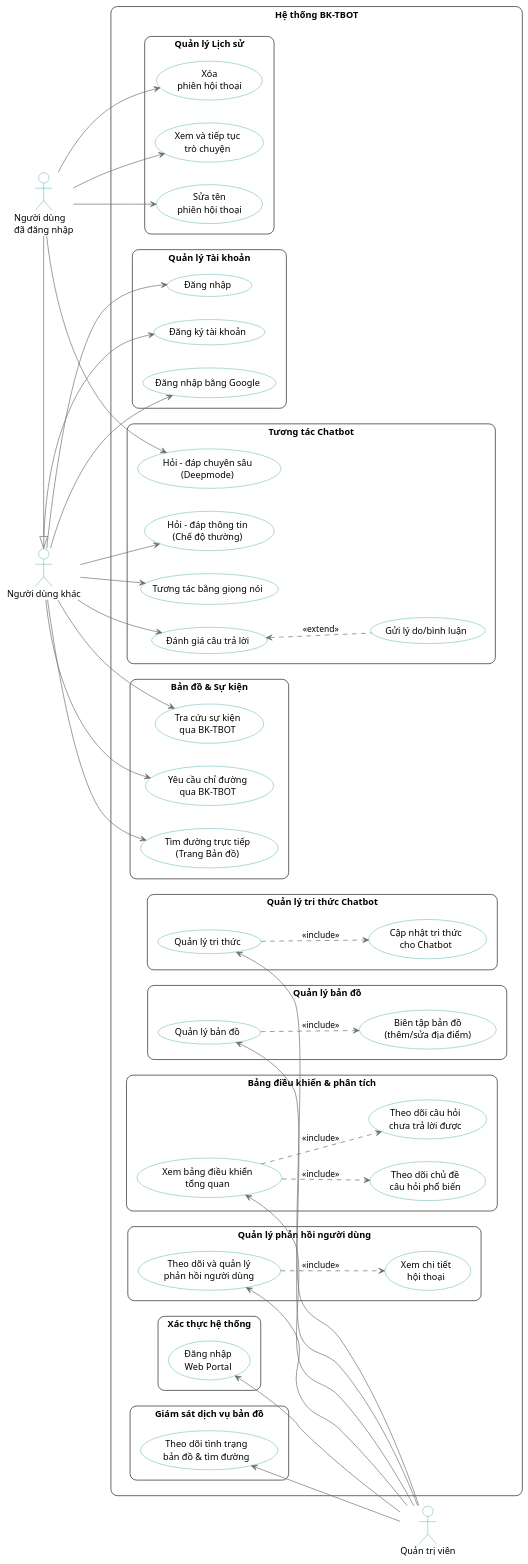
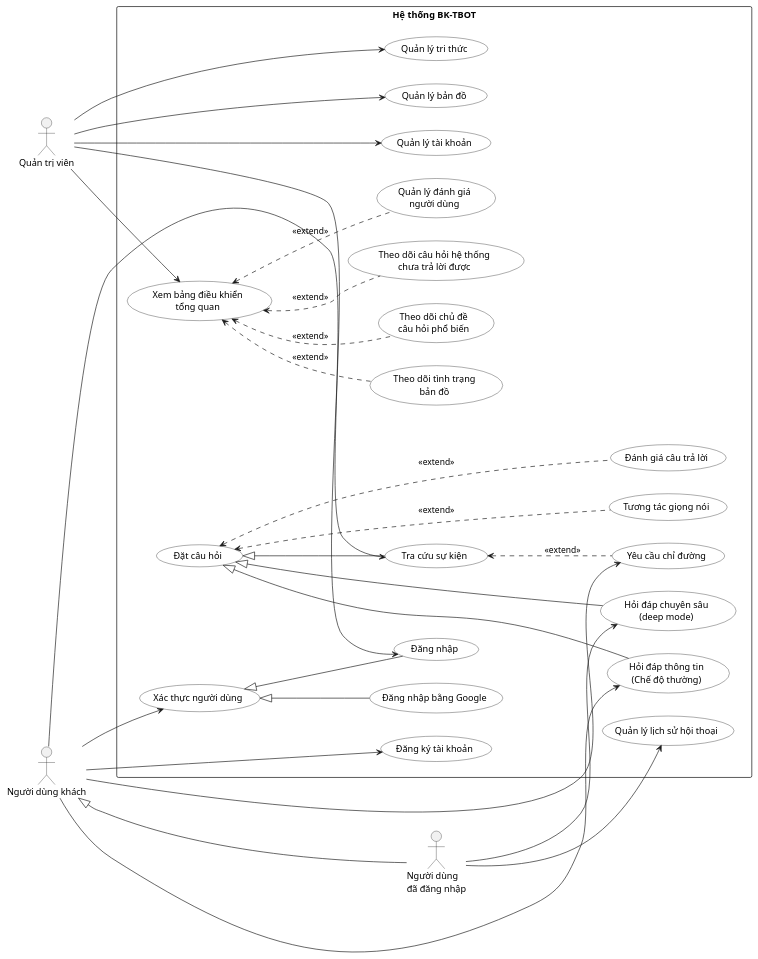
Before and after one commit to kienntheprfs/DATN: the diagram in docs/usecase/usecase.puml, drawn with PlantUML. The commit also changed 67 other files, not shown here.

```diff
--- a/docs/usecase/usecase.puml
+++ b/docs/usecase/usecase.puml
@@ -1,131 +1,98 @@
 @startuml
 left to right direction
-skinparam packageStyle rectangle
-skinparam roundcorner 20
-
-' Cấu hình màu sắc chung
+skinparam monochrome true
+skinparam shadowing false
 skinparam usecase {
-  BackgroundColor White
-  BorderColor DarkCyan
-  ArrowColor DimGray
+    BackgroundColor white
+    BorderColor black
 }
-skinparam actor {
-  BackgroundColor White
-  BorderColor DarkCyan
+skinparam rectangle {
+    BorderColor black
+    BackgroundColor transparent
 }
 
-' --- Khai báo Actor ---
-actor "Người dùng khác" as Guest
-actor "Người dùng\nđã đăng nhập" as Member
+' --- 1. ĐỊNH NGHĨA ACTORS ---
+actor "Người dùng khách" as Guest
+actor "Người dùng\nđã đăng nhập" as LoggedIn
 actor "Quản trị viên" as Admin
 
-Member -|> Guest
+' User đăng nhập kế thừa User khách
+LoggedIn -up-|> Guest
 
-' ==========================================
-' KHUNG HỆ THỐNG CHUNG Ở GIỮA
-' ==========================================
+' --- 2. HỆ THỐNG BK-TBOT ---
 rectangle "Hệ thống BK-TBOT" {
-  
-  ' ----------------------------------------
-  ' PHÂN HỆ NGƯỜI DÙNG (Đã nhóm để dàn ngang)
-  ' ----------------------------------------
-  package "Quản lý Tài khoản" {
-    usecase "Đăng nhập" as UC_Login
-    usecase "Đăng ký tài khoản" as UC_Register
-    usecase "Đăng nhập bằng Google" as UC_LoginGG
-  }
+    
+    ' --- NHÓM XÁC THỰC ---
+    together {
+        usecase "Xác thực người dùng" as UC_Auth
+        usecase "Đăng ký tài khoản" as UC_Register
+        usecase "Đăng nhập" as UC_Login
+        usecase "Đăng nhập bằng Google" as UC_LoginGoogle
+        
+        UC_Login -up-|> UC_Auth
+        UC_LoginGoogle -up-|> UC_Auth
+    }
+    
+    ' --- NHÓM TƯƠNG TÁC (NGƯỜI DÙNG) ---
+    together {
+        usecase "Đặt câu hỏi" as UC_Chat
+        usecase "Hỏi đáp thông tin\n(Chế độ thường)" as UC_Normal
+        usecase "Hỏi đáp chuyên sâu\n(deep mode)" as UC_Deep
+        usecase "Tra cứu sự kiện" as UC_Event
+        
+        UC_Normal -up-|> UC_Chat
+        UC_Deep -up-|> UC_Chat
+        UC_Event -up-|> UC_Chat
+        
+        usecase "Yêu cầu chỉ đường" as UC_Map
+        usecase "Tương tác giọng nói" as UC_Voice
+        usecase "Đánh giá câu trả lời" as UC_Rate
+        
+        ' Extend đúng chuẩn: Mũi tên chĩa TỪ chức năng phụ VÀO chức năng chính
+        UC_Voice .up.> UC_Chat : <<extend>>
+        UC_Rate .up.> UC_Chat : <<extend>>
+        UC_Map .up.> UC_Event : <<extend>>
+        
+        usecase "Quản lý lịch sử hội thoại" as UC_History
+    }
 
-  package "Tương tác Chatbot" {
-    usecase "Hỏi - đáp thông tin\n(Chế độ thường)" as UC_ChatNormal
-    usecase "Hỏi - đáp chuyên sâu\n(Deepmode)" as UC_Deepmode
-    usecase "Tương tác bằng giọng nói" as UC_Voice
-    usecase "Đánh giá câu trả lời" as UC_Feedback
-    usecase "Gửi lý do/bình luận" as UC_FeedbackDetail
-  }
-
-  package "Bản đồ & Sự kiện" {
-    usecase "Tra cứu sự kiện\nqua BK-TBOT" as UC_Event
-    usecase "Yêu cầu chỉ đường\nqua BK-TBOT" as UC_RouteChat
-    usecase "Tìm đường trực tiếp\n(Trang Bản đồ)" as UC_RouteMap
-  }
-  
-  package "Quản lý Lịch sử" {
-    usecase "Xem và tiếp tục\ntrò chuyện" as UC_HistoryView
-    usecase "Sửa tên\nphiên hội thoại" as UC_HistoryEdit
-    usecase "Xóa\nphiên hội thoại" as UC_HistoryDelete
-  }
-
-  ' ----------------------------------------
-  ' PHÂN HỆ ADMIN
-  ' ----------------------------------------
-  package "Xác thực hệ thống" {
-    usecase "Đăng nhập\nWeb Portal" as UC_AdminLogin
-  }
-
-  package "Quản lý tri thức Chatbot" {
-    usecase "Quản lý tri thức" as UC_Knowledge
-    usecase "Cập nhật tri thức\ncho Chatbot" as UC_UpdateKnowledge
-  }
-
-  package "Quản lý bản đồ" {
-    usecase "Quản lý bản đồ" as UC_MapManage
-    usecase "Biên tập bản đồ\n(thêm/sửa địa điểm)" as UC_MapEdit
-  }
-
-  package "Bảng điều khiển & phân tích" {
-    usecase "Xem bảng điều khiển\ntổng quan" as UC_Dashboard
-    usecase "Theo dõi chủ đề\ncâu hỏi phổ biến" as UC_Topic
-    usecase "Theo dõi câu hỏi\nchưa trả lời được" as UC_Unanswered
-  }
-
-  package "Quản lý phản hồi người dùng" {
-    usecase "Theo dõi và quản lý\nphản hồi người dùng" as UC_FeedbackManage
-    usecase "Xem chi tiết\nhội thoại" as UC_ViewConversation
-  }
-
-  package "Giám sát dịch vụ bản đồ" {
-    usecase "Theo dõi tình trạng\nbản đồ & tìm đường" as UC_MapMonitor
-  }
+    ' --- NHÓM QUẢN TRỊ VIÊN ---
+    together {
+        usecase "Quản lý tri thức" as UC_ManageKB
+        usecase "Quản lý bản đồ" as UC_ManageMap
+        usecase "Quản lý tài khoản" as UC_ManageUser
+        usecase "Xem bảng điều khiển\ntổng quan" as UC_Dash
+        
+        usecase "Theo dõi chủ đề\ncâu hỏi phổ biến" as UC_TrackTopic
+        usecase "Theo dõi câu hỏi hệ thống\nchưa trả lời được" as UC_TrackUnanswered
+        usecase "Quản lý đánh giá\nngười dùng" as UC_TrackRate
+        usecase "Theo dõi tình trạng\nbản đồ" as UC_TrackMap
+        
+        ' Extend cho Dashboard
+        UC_TrackTopic .up.> UC_Dash : <<extend>>
+        UC_TrackUnanswered .up.> UC_Dash : <<extend>>
+        UC_TrackRate .up.> UC_Dash : <<extend>>
+        UC_TrackMap .up.> UC_Dash : <<extend>>
+    }
 }
 
-' ==========================================
-' QUAN HỆ CỦA NGƯỜI DÙNG (Mũi tên xuôi ->)
-' ==========================================
-Guest --> UC_Login
-Guest --> UC_LoginGG
+' --- 3. KẾT NỐI ACTOR VÀ USE CASE ---
+' Guest
+Guest --> UC_Auth
 Guest --> UC_Register
+Guest --> UC_Normal
+Guest --> UC_Event
+Guest --> UC_Map
 
-Guest --> UC_ChatNormal
-Guest --> UC_Voice
-Guest --> UC_Event
-Guest --> UC_RouteChat
-Guest --> UC_RouteMap
-Guest --> UC_Feedback
+' Logged In
+LoggedIn --> UC_Deep
+LoggedIn --> UC_History
 
-UC_Feedback <.. UC_FeedbackDetail :<<extend>>
-
-Member --> UC_Deepmode
-Member --> UC_HistoryView
-Member --> UC_HistoryEdit
-Member --> UC_HistoryDelete
-
-' ==========================================
-' QUAN HỆ CỦA ADMIN (Mũi tên ngược <--)
-' ==========================================
-UC_AdminLogin <-- Admin
-UC_Knowledge <-- Admin
-UC_MapManage <-- Admin
-UC_Dashboard <-- Admin
-UC_FeedbackManage <-- Admin
-UC_MapMonitor <-- Admin
-
-' Các quan hệ include bên trong hệ thống
-UC_Knowledge ..> UC_UpdateKnowledge : <<include>>
-UC_MapManage ..> UC_MapEdit : <<include>>
-
-UC_Dashboard ..> UC_Topic : <<include>>
-UC_Dashboard ..> UC_Unanswered : <<include>>
-
-UC_FeedbackManage ..> UC_ViewConversation : <<include>>
+' Admin
+Admin --> UC_Login
+Admin --> UC_ManageKB
+Admin --> UC_ManageMap
+Admin --> UC_ManageUser
+Admin --> UC_Dash
 
 @enduml
```
